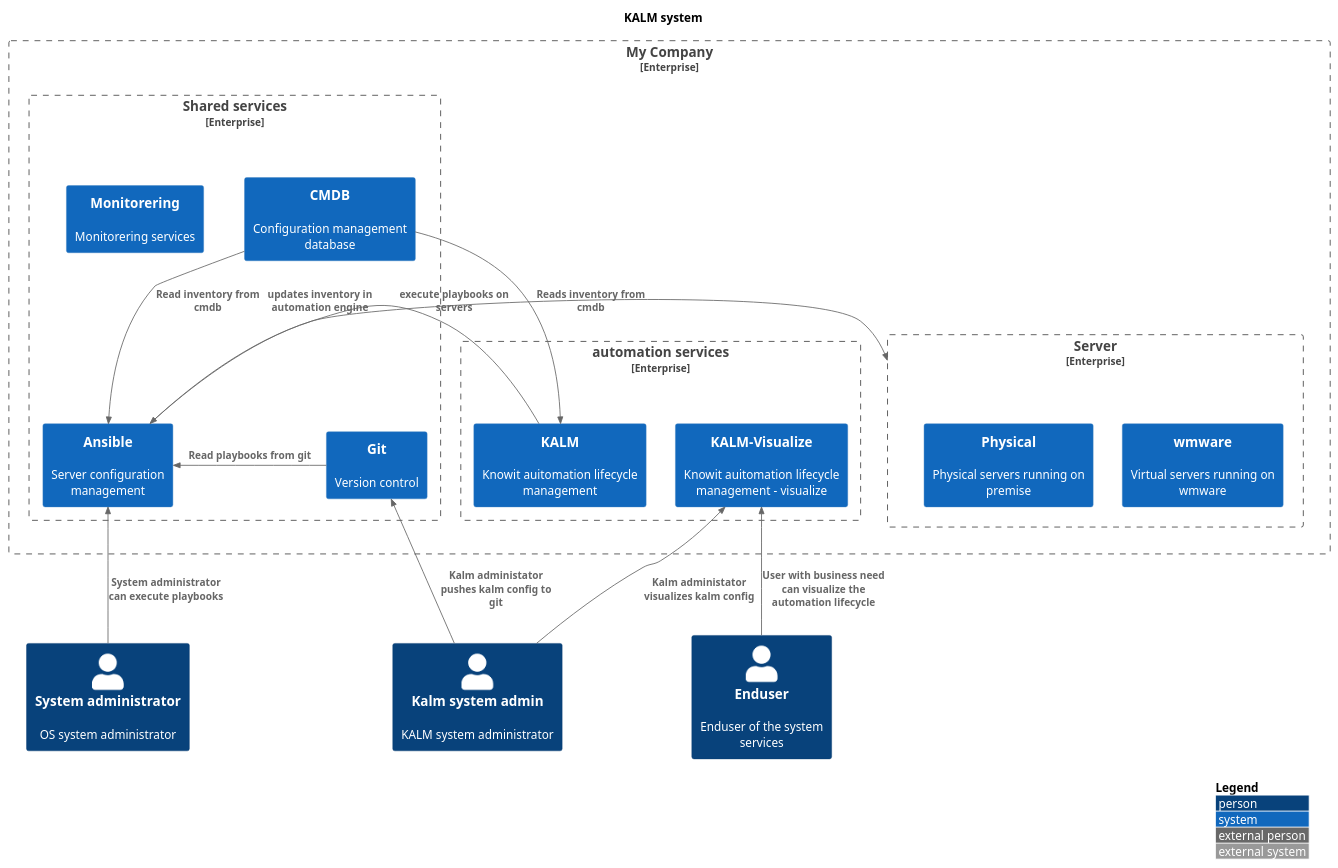
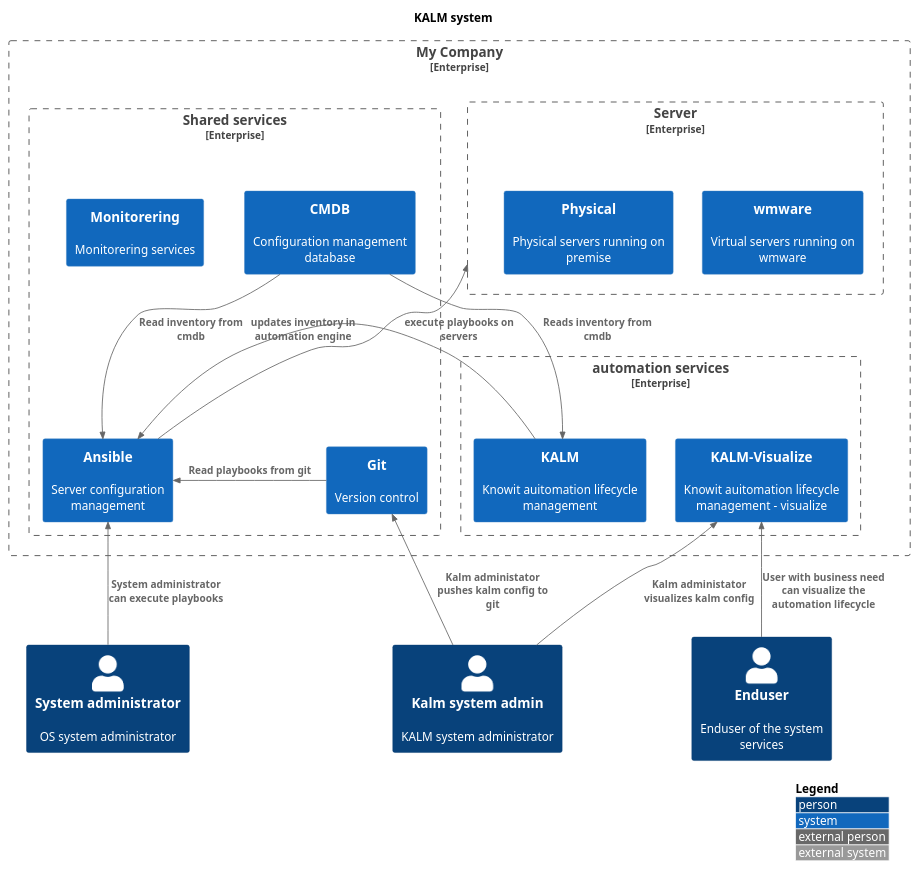
Before and after one commit to JakobHolstDK/infowall: the diagram in diagrams/kalm.puml, drawn with PlantUML.

Commit message:
no write

```diff
--- a/diagrams/kalm.puml
+++ b/diagrams/kalm.puml
@@ -1,59 +1,59 @@
 @startuml
 !include https://raw.githubusercontent.com/plantuml-stdlib/C4-PlantUML/master/C4_Context.puml
 
 ' uncomment the following line and comment the first to use locally
 ' !include C4_Context.puml
 
 LAYOUT_TOP_DOWN()
 'LAYOUT_AS_SKETCH()
 LAYOUT_WITH_LEGEND()
 
 
 title   KALM system
 
 Person(kalmadmin, "Kalm system admin", "KALM system administrator")
 Person(systemadmin, "System administrator", "OS system administrator")
 Person(enduser, "Enduser", "Enduser of the system services")
 
 
 Enterprise_Boundary(c0, "My Company", "My awesome organisation") {
 
 Enterprise_Boundary(c2, "Server ", "Virtuelle servere") {
     System(vmware, "wmware", "Virtual servers running on wmware")
     System(physicalservers, "Physical", "Physical servers running on premise")
 }
 
 Enterprise_Boundary(c3, "Shared services", "Shared services in the organisation") {
     System(cmdb, "CMDB", "Configuration management database")
     System(automation, "Ansible", "Server configuration management")
     System(git, "Git", "Version control")
     System(monitorering, "Monitorering", "Monitorering services")
 }
 
 Enterprise_Boundary(c1, "automation services", "Automation services") {
     System(kalm, "KALM", "Knowit auitomation lifecycle management")
     System(kalmvisualize, "KALM-Visualize", "Knowit auitomation lifecycle management - visualize")
 }
 
 
 }
 
 
 Rel_Neighbor(git, automation, "Read playbooks from git")
 Rel_D(cmdb, automation, "Read inventory from cmdb")
-Rel_Neighbor(automation, c2 , "execute playbooks on servers")
+Rel_U(automation, c2 , "execute playbooks on servers")
 
 
 Rel_U(kalmadmin, git, "Kalm administator pushes kalm config to git")
 Rel_U(kalmadmin, kalmvisualize, "Kalm administator visualizes kalm config")
 
 Rel_U(enduser, kalmvisualize, "User with business need can visualize the automation lifecycle")
 Rel_U(systemadmin, automation, "System administrator can execute playbooks")
 
 
 
 Rel_D(cmdb, kalm, "Reads inventory from cmdb")
 Rel_D(kalm, automation, "updates inventory in automation engine")
 
 
 @enduml
```
